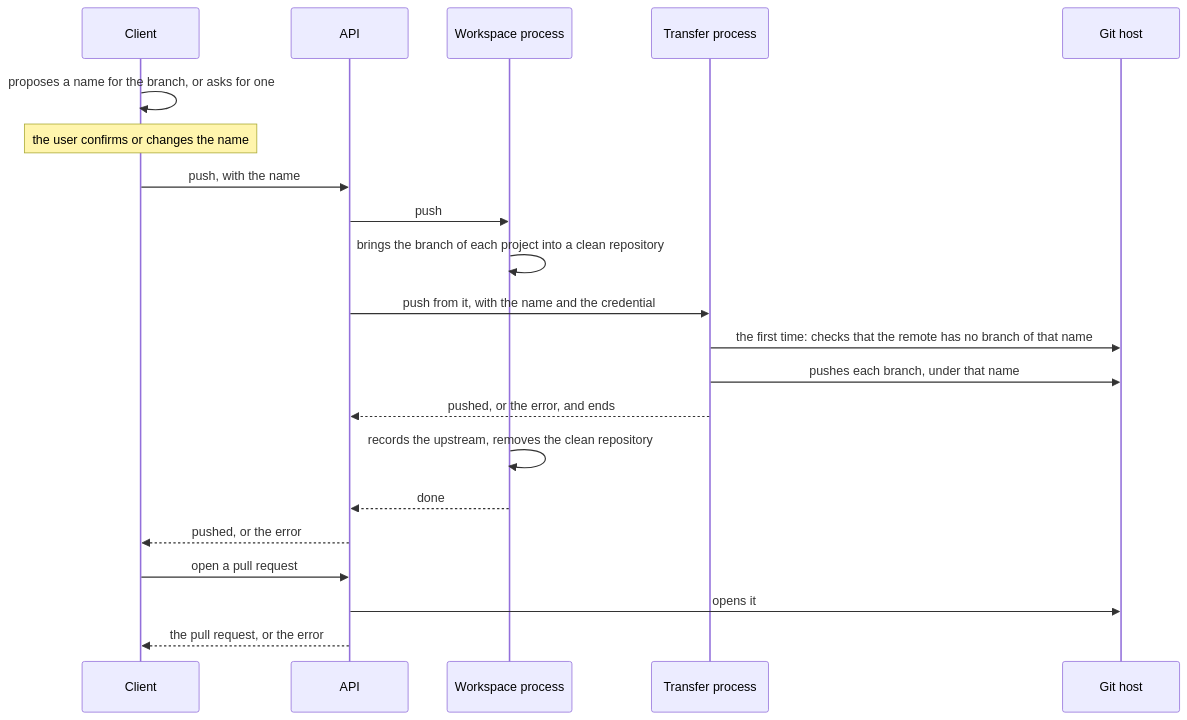
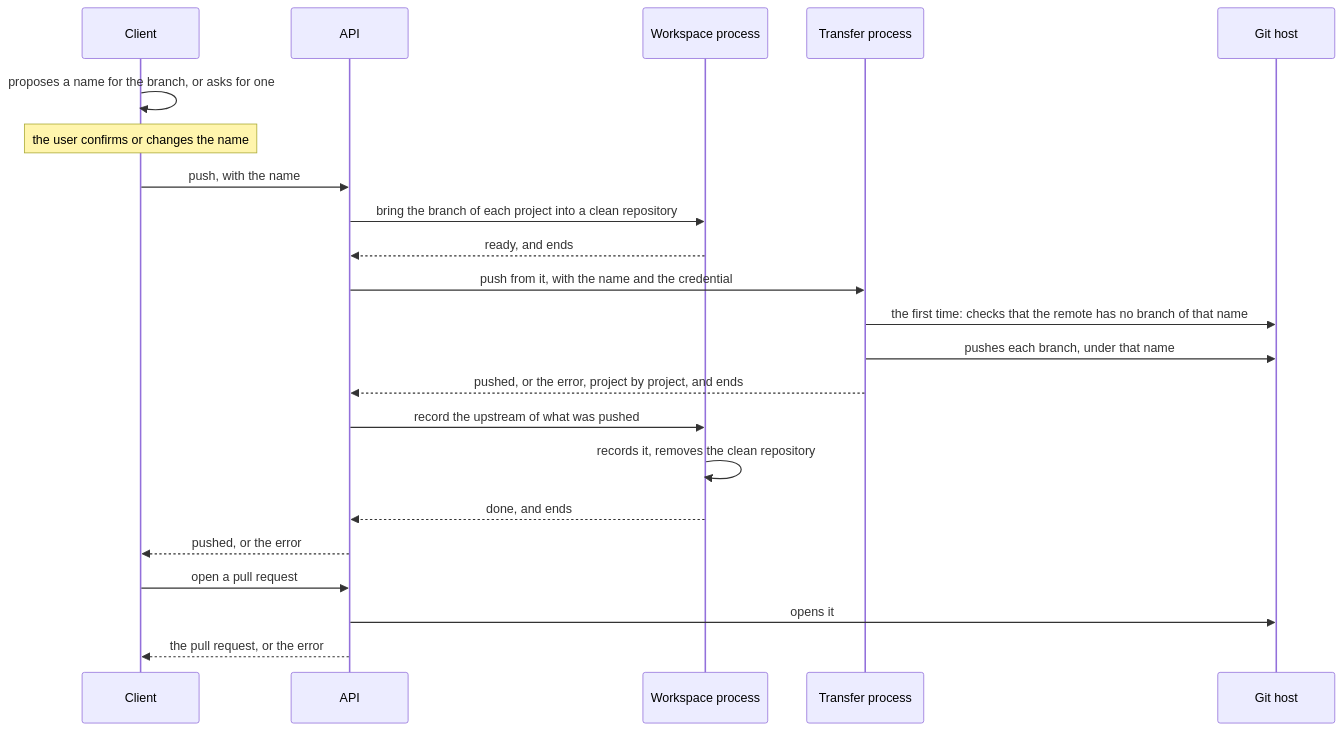
One commit to Mikode13/harness-docs changed the diagram in flows/changes-and-push.md. Above: the diagram before and after it, drawn with Mermaid. The commit also changed other lines of this file and 6 other files, not shown here.

````diff
--- a/flows/changes-and-push.md
+++ b/flows/changes-and-push.md
@@ -52,25 +52,26 @@
 ```mermaid
 sequenceDiagram
     participant C as Client
     participant A as API
     participant W as Workspace process
     participant T as Transfer process
     participant G as Git host
 
     C->>C: proposes a name for the branch, or asks for one
     Note over C: the user confirms or changes the name
     C->>A: push, with the name
-    A->>W: push
-    W->>W: brings the branch of each project into a clean repository
+    A->>W: bring the branch of each project into a clean repository
+    W-->>A: ready, and ends
     A->>T: push from it, with the name and the credential
     T->>G: the first time: checks that the remote has no branch of that name
     T->>G: pushes each branch, under that name
-    T-->>A: pushed, or the error, and ends
-    W->>W: records the upstream, removes the clean repository
-    W-->>A: done
+    T-->>A: pushed, or the error, project by project, and ends
+    A->>W: record the upstream of what was pushed
+    W->>W: records it, removes the clean repository
+    W-->>A: done, and ends
     A-->>C: pushed, or the error
 
     C->>A: open a pull request
     A->>G: opens it
     A-->>C: the pull request, or the error
 ```
````
